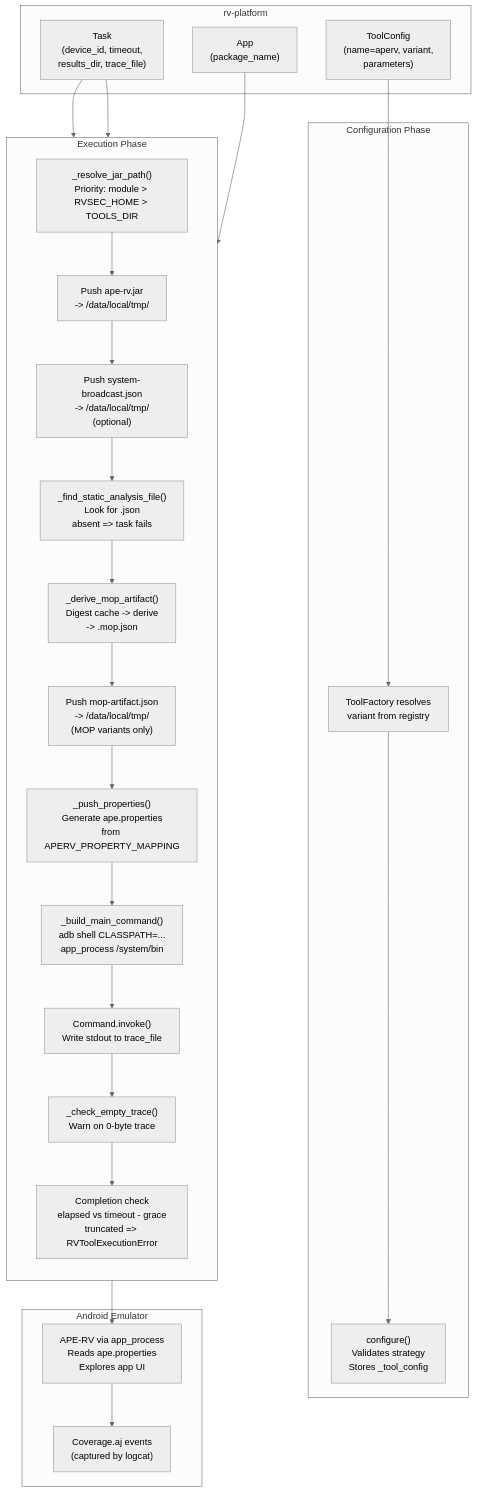
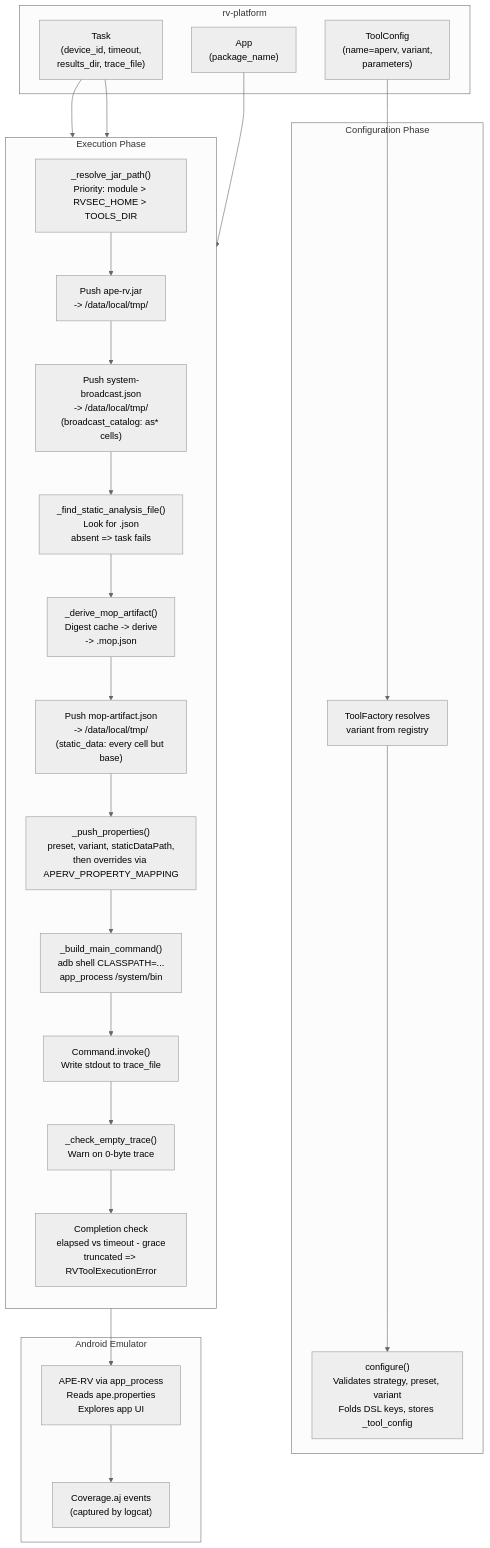
One commit to PAMunb/rvsec changed the fifth of 5 diagrams in rv-android/modules/aperv-tool/docs/architecture.md. Above: the diagram before and after it, drawn with Mermaid. The commit also changed other lines of this file and 9 other files, not shown here.

````diff
--- a/rv-android/modules/aperv-tool/docs/architecture.md
+++ b/rv-android/modules/aperv-tool/docs/architecture.md
@@ -607,52 +667,52 @@
 ```mermaid
 %%{init: {'theme': 'neutral'}}%%
 flowchart TB
     subgraph Platform["rv-platform"]
         Task["Task\n(device_id, timeout,\nresults_dir, trace_file)"]
         App["App\n(package_name)"]
         ToolConfig["ToolConfig\n(name=aperv, variant,\nparameters)"]
     end
 
     subgraph ConfigPhase["Configuration Phase"]
         FactoryResolve["ToolFactory resolves\nvariant from registry"]
-        Configure["configure()\nValidates strategy\nStores _tool_config"]
+        Configure["configure()\nValidates strategy, preset, variant\nFolds DSL keys, stores _tool_config"]
     end
 
     subgraph ExecutionPhase["Execution Phase"]
         direction TB
         JarResolve["_resolve_jar_path()\nPriority: module > RVSEC_HOME > TOOLS_DIR"]
         PushJar["Push ape-rv.jar\n-> /data/local/tmp/"]
-        PushBroadcast["Push system-broadcast.json\n-> /data/local/tmp/\n(optional)"]
+        PushBroadcast["Push system-broadcast.json\n-> /data/local/tmp/\n(broadcast_catalog: as* cells)"]
         FindStatic["_find_static_analysis_file()\nLook for <apk>.json\nabsent => task fails"]
         DeriveArtifact["_derive_mop_artifact()\nDigest cache -> derive\n-> <apk>.mop.json"]
-        PushStatic["Push mop-artifact.json\n-> /data/local/tmp/\n(MOP variants only)"]
-        GenProps["_push_properties()\nGenerate ape.properties\nfrom APERV_PROPERTY_MAPPING"]
+        PushStatic["Push mop-artifact.json\n-> /data/local/tmp/\n(static_data: every cell but base)"]
+        GenProps["_push_properties()\npreset, variant, staticDataPath,\nthen overrides via APERV_PROPERTY_MAPPING"]
         BuildCmd["_build_main_command()\nadb shell CLASSPATH=...\napp_process /system/bin"]
         Execute["Command.invoke()\nWrite stdout to trace_file"]
         CheckTrace["_check_empty_trace()\nWarn on 0-byte trace"]
         CheckDone["Completion check\nelapsed vs timeout - grace\ntruncated => RVToolExecutionError"]
     end
 
     subgraph Device["Android Emulator"]
         ApeRV["APE-RV via app_process\nReads ape.properties\nExplores app UI"]
         Coverage["Coverage.aj events\n(captured by logcat)"]
     end
 
     ToolConfig --> FactoryResolve
     FactoryResolve --> Configure
     Task --> JarResolve
     JarResolve --> PushJar
     PushJar --> PushBroadcast
     PushBroadcast --> FindStatic
     FindStatic --> DeriveArtifact
     DeriveArtifact --> PushStatic
     PushStatic --> GenProps
     GenProps --> BuildCmd
     BuildCmd --> Execute
     Execute --> CheckTrace
     CheckTrace --> CheckDone
     Execute --> ApeRV
     ApeRV --> Coverage
     Task --> Execute
     App --> BuildCmd
 ```
````
